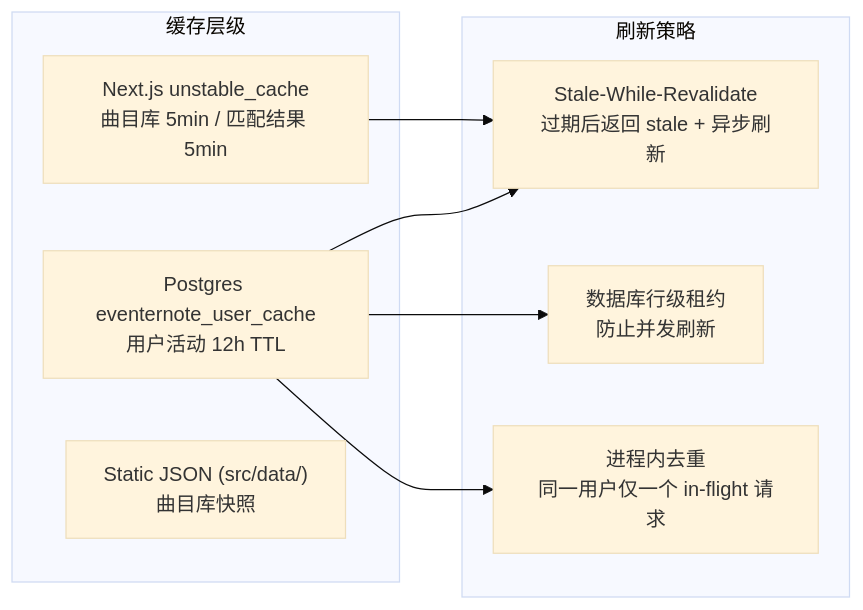
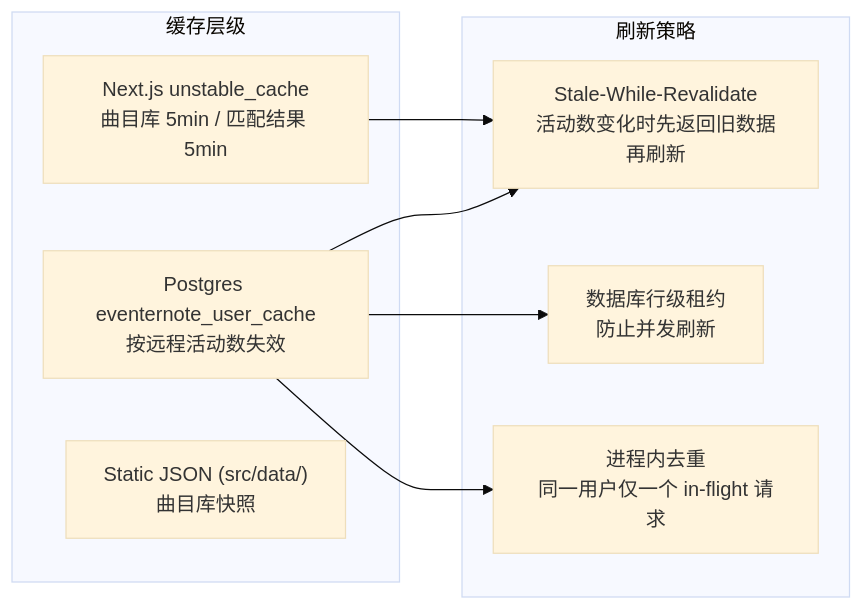
Before and after one commit to calcxx/bandori-live-songs: the fourth of 5 diagrams in ARCHITECTURE.md, drawn with Mermaid (base theme). The commit also changed other lines of this file and 1 other file, not shown here.

First line of the commit message:
docs: fix cache docs and slim down README

````diff
--- a/ARCHITECTURE.md
+++ b/ARCHITECTURE.md
@@ -359,19 +369,19 @@
 ```mermaid
 graph LR
     subgraph "缓存层级"
         L1["Next.js unstable_cache<br/>曲目库 5min / 匹配结果 5min"]
-        L2["Postgres eventernote_user_cache<br/>用户活动 12h TTL"]
+        L2["Postgres eventernote_user_cache<br/>按远程活动数失效"]
         L3["Static JSON (src/data/)<br/>曲目库快照"]
     end
 
     subgraph "刷新策略"
-        SWR["Stale-While-Revalidate<br/>过期后返回 stale + 异步刷新"]
+        SWR["Stale-While-Revalidate<br/>活动数变化时先返回旧数据再刷新"]
         Lease["数据库行级租约<br/>防止并发刷新"]
         Dedup["进程内去重<br/>同一用户仅一个 in-flight 请求"]
     end
 
     L1 --> SWR
     L2 --> SWR
     L2 --> Lease
     L2 --> Dedup
 ```
````
